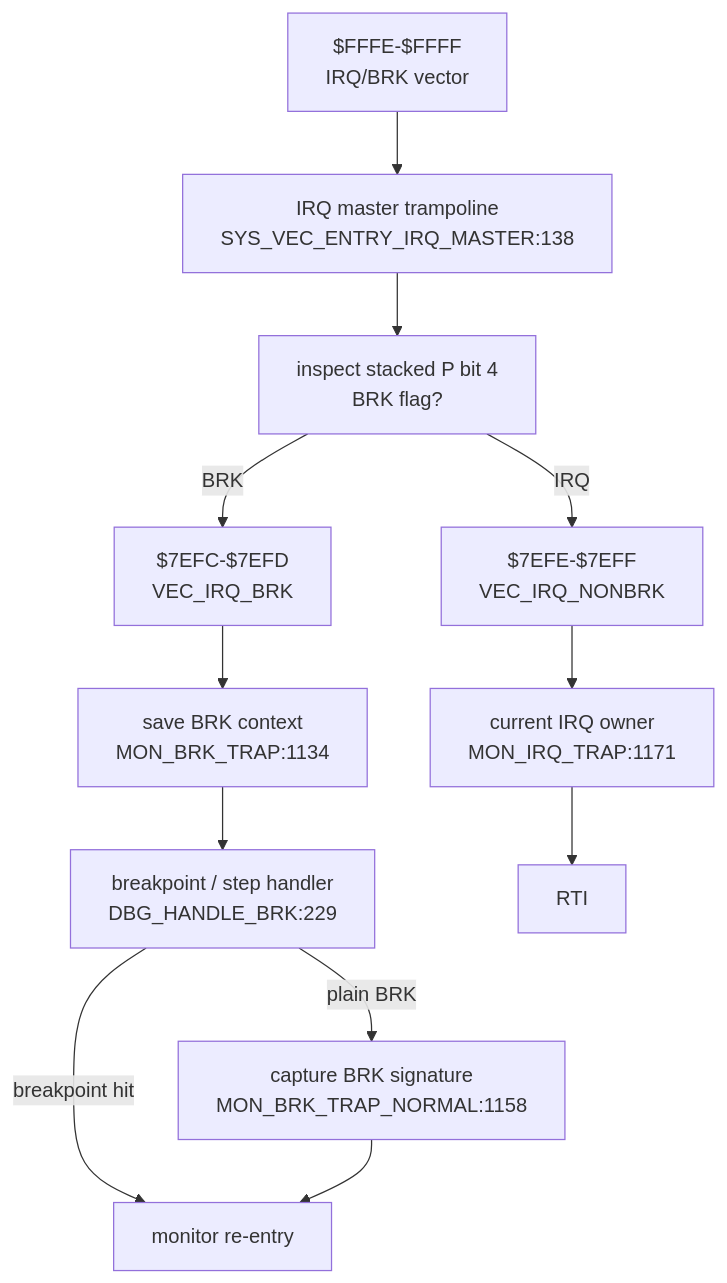
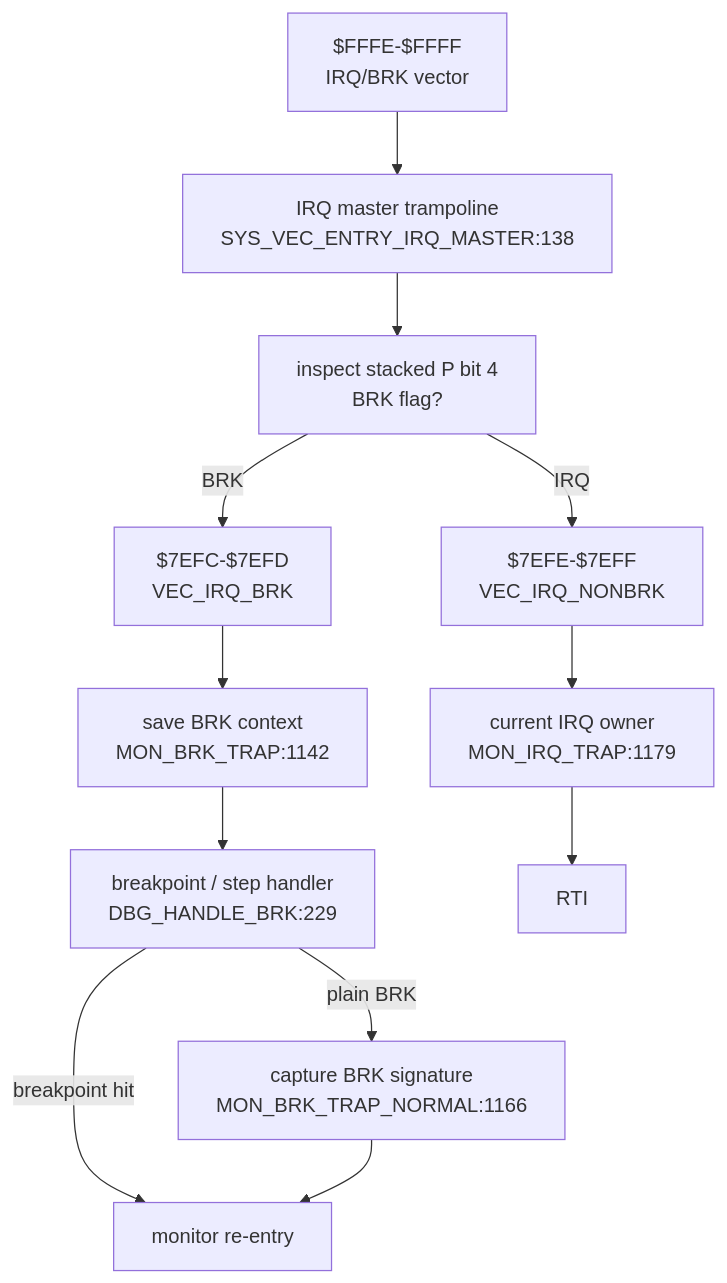
The fifth of 6 diagrams in DOC/GENERATED/INTERRUPT_VECTOR_MAP.md (95westus/R-YORS), drawn with Mermaid before and after one commit. The commit also changed other lines of this file and 94 other files, not shown here.

````diff
--- a/DOC/GENERATED/INTERRUPT_VECTOR_MAP.md
+++ b/DOC/GENERATED/INTERRUPT_VECTOR_MAP.md
@@ -75,14 +75,14 @@
 ```mermaid
 flowchart TD
     IRQV["$FFFE-$FFFF<br/>IRQ/BRK vector"] --> IRQMASTER["IRQ master trampoline<br/>SYS_VEC_ENTRY_IRQ_MASTER:138"]
     IRQMASTER --> SPLIT["inspect stacked P bit 4<br/>BRK flag?"]
     SPLIT -->|BRK| VECBRK["$7EFC-$7EFD<br/>VEC_IRQ_BRK"]
     SPLIT -->|IRQ| VECIRQ["$7EFE-$7EFF<br/>VEC_IRQ_NONBRK"]
-    VECBRK --> BRKTRAP["save BRK context<br/>MON_BRK_TRAP:1134"]
+    VECBRK --> BRKTRAP["save BRK context<br/>MON_BRK_TRAP:1142"]
     BRKTRAP --> DBGBRK["breakpoint / step handler<br/>DBG_HANDLE_BRK:229"]
     DBGBRK -->|breakpoint hit| REENTER["monitor re-entry"]
-    DBGBRK -->|plain BRK| BRKNORMAL["capture BRK signature<br/>MON_BRK_TRAP_NORMAL:1158"]
+    DBGBRK -->|plain BRK| BRKNORMAL["capture BRK signature<br/>MON_BRK_TRAP_NORMAL:1166"]
     BRKNORMAL --> REENTER
-    VECIRQ --> IRQTRAP["current IRQ owner<br/>MON_IRQ_TRAP:1171"]
+    VECIRQ --> IRQTRAP["current IRQ owner<br/>MON_IRQ_TRAP:1179"]
     IRQTRAP --> RTIIRQ["RTI"]
 ```
````
